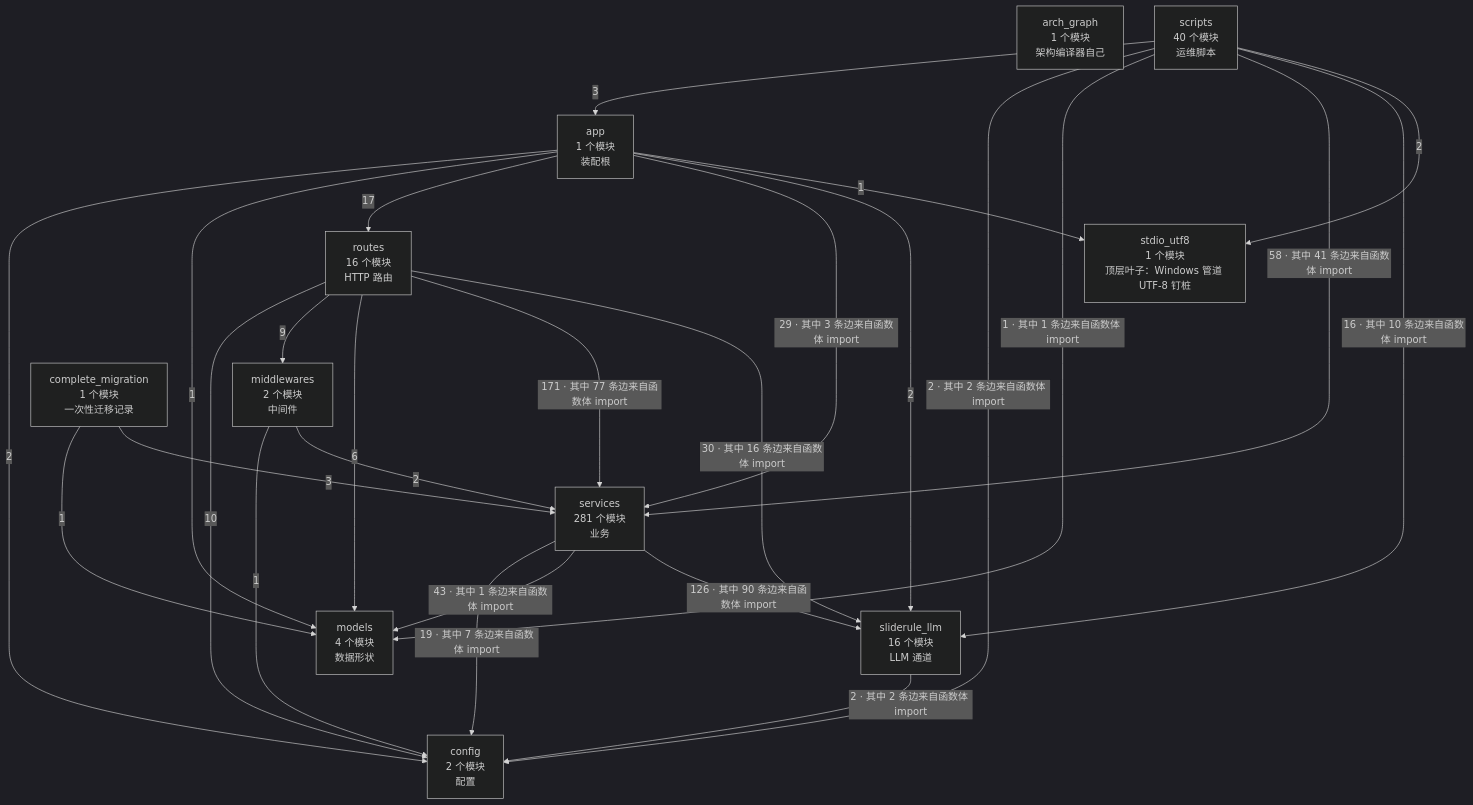
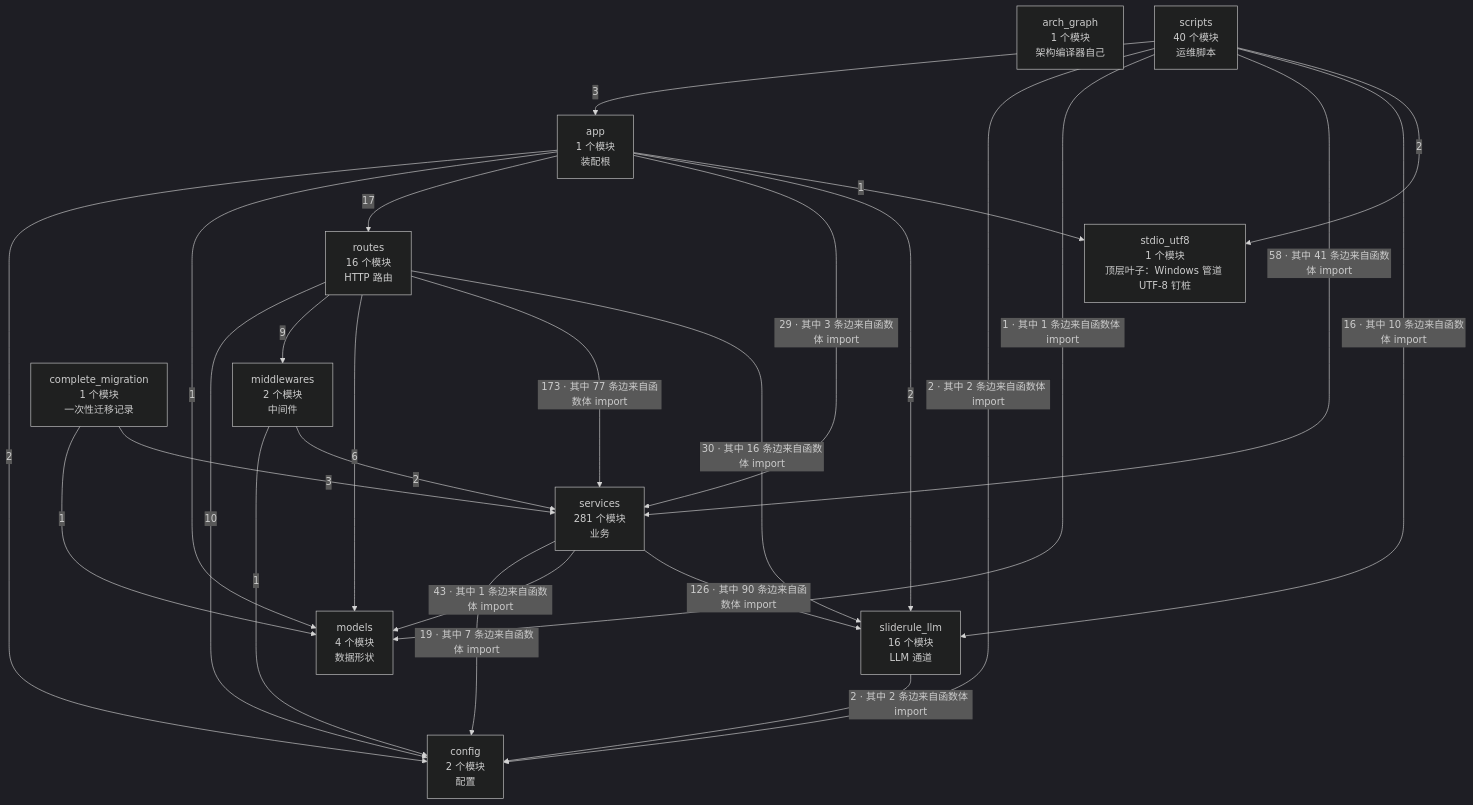
The second of 4 diagrams in docs/SlideRule V6.2 架构图（自动生成）.md (2686521696/WhyBuddy), drawn with Mermaid (dark theme) before and after one commit. The commit also changed other lines of this file and 7 other files, not shown here.

First line of the commit message:
技能包里给人看的文件（PDF / 图片）能交到用户手上：回执点名 + 链接 + 只读路由

````diff
--- a/docs/SlideRule V6.2 架构图（自动生成）.md
+++ b/docs/SlideRule V6.2 架构图（自动生成）.md
@@ -62,39 +62,39 @@
 ```mermaid
 flowchart TB
   arch_graph["arch_graph<br/>1 个模块<br/>架构编译器自己"]
   config["config<br/>2 个模块<br/>配置"]
   models["models<br/>4 个模块<br/>数据形状"]
   stdio_utf8["stdio_utf8<br/>1 个模块<br/>顶层叶子：Windows 管道 UTF-8 钉桩"]
   sliderule_llm["sliderule_llm<br/>16 个模块<br/>LLM 通道"]
   middlewares["middlewares<br/>2 个模块<br/>中间件"]
   services["services<br/>281 个模块<br/>业务"]
   routes["routes<br/>16 个模块<br/>HTTP 路由"]
   app["app<br/>1 个模块<br/>装配根"]
   complete_migration["complete_migration<br/>1 个模块<br/>一次性迁移记录"]
   scripts["scripts<br/>40 个模块<br/>运维脚本"]
   app -->|2| config
   app -->|1| models
   app -->|17| routes
   app -->|29 · 其中 3 条边来自函数体 import| services
   app -->|2| sliderule_llm
   app -->|1| stdio_utf8
   complete_migration -->|1| models
   complete_migration -->|3| services
   middlewares -->|1| config
   middlewares -->|2| services
   routes -->|10| config
   routes -->|9| middlewares
   routes -->|6| models
-  routes -->|171 · 其中 77 条边来自函数体 import| services
+  routes -->|173 · 其中 77 条边来自函数体 import| services
   routes -->|30 · 其中 16 条边来自函数体 import| sliderule_llm
   scripts -->|3| app
   scripts -->|2 · 其中 2 条边来自函数体 import| config
   scripts -->|1 · 其中 1 条边来自函数体 import| models
   scripts -->|58 · 其中 41 条边来自函数体 import| services
   scripts -->|16 · 其中 10 条边来自函数体 import| sliderule_llm
   scripts -->|2| stdio_utf8
   services -->|19 · 其中 7 条边来自函数体 import| config
   services -->|43 · 其中 1 条边来自函数体 import| models
   services -->|126 · 其中 90 条边来自函数体 import| sliderule_llm
   sliderule_llm -->|2 · 其中 2 条边来自函数体 import| config
 ```
````
